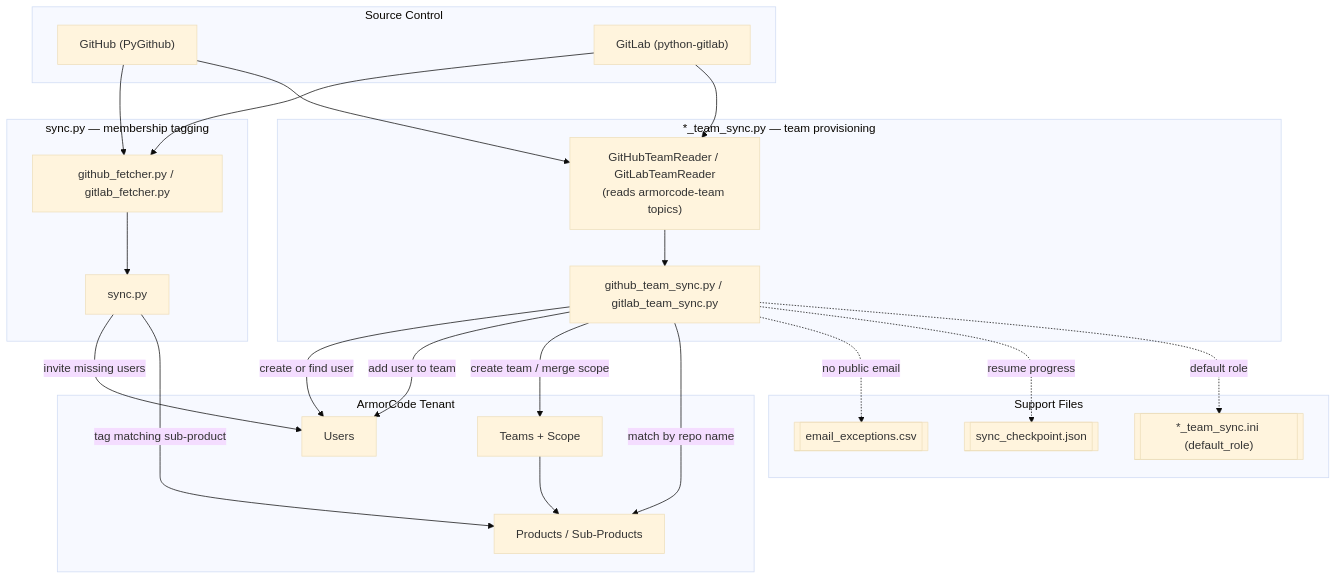
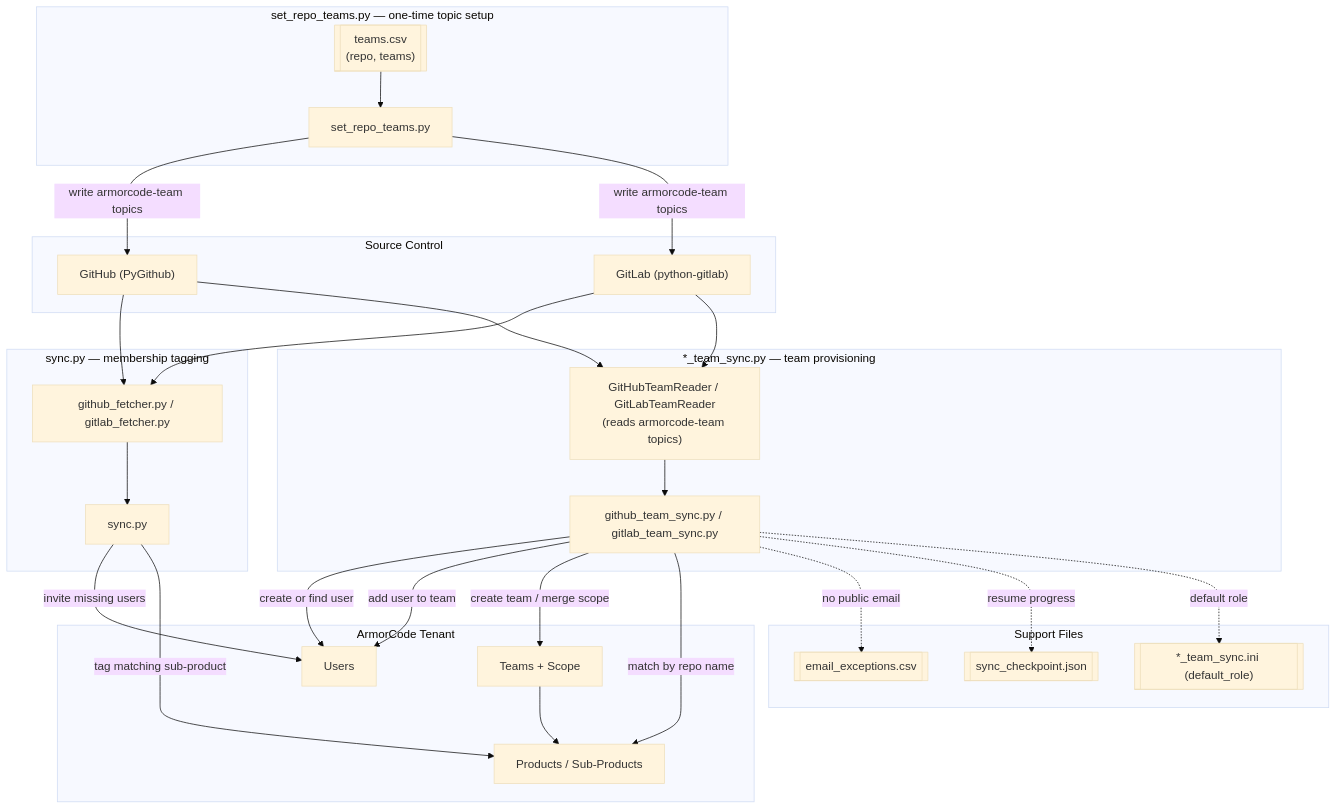
One commit to jwayte-armorcode/ac-git-user-provisioning changed the diagram in README.md. Above: the diagram before and after it, drawn with Mermaid (base theme). The commit also changed other lines of this file and 1 other file, not shown here.

First line of the commit message:
Add set_repo_teams.py for bulk-tagging repos from a CSV

````diff
--- a/README.md
+++ b/README.md
@@ -12,50 +13,59 @@
 ```mermaid
 flowchart TB
     subgraph SCM["Source Control"]
         GH["GitHub (PyGithub)"]
         GL["GitLab (python-gitlab)"]
+    end
+
+    subgraph Setup["set_repo_teams.py — one-time topic setup"]
+        CSVIN[["teams.csv<br/>(repo, teams)"]]
+        S0["set_repo_teams.py"]
     end
 
     subgraph Tagging["sync.py — membership tagging"]
         F1["github_fetcher.py / gitlab_fetcher.py"]
         S1["sync.py"]
     end
 
     subgraph TeamProv["*_team_sync.py — team provisioning"]
         R1["GitHubTeamReader / GitLabTeamReader<br/>(reads armorcode-team topics)"]
         S2["github_team_sync.py / gitlab_team_sync.py"]
     end
 
     subgraph AC["ArmorCode Tenant"]
         U["Users"]
         T["Teams + Scope"]
         P["Products / Sub-Products"]
     end
 
     subgraph Files["Support Files"]
         CSV[["email_exceptions.csv"]]
         CKPT[["sync_checkpoint.json"]]
         INI[["*_team_sync.ini (default_role)"]]
     end
 
+    CSVIN --> S0
+    S0 -->|write armorcode-team topics| GH
+    S0 -->|write armorcode-team topics| GL
+
     GH --> F1
     GL --> F1
     GH --> R1
     GL --> R1
 
     F1 --> S1
     R1 --> S2
 
     S1 -->|invite missing users| U
     S1 -->|tag matching sub-product| P
 
     S2 -->|create or find user| U
     S2 -->|add user to team| U
     S2 -->|create team / merge scope| T
     S2 -->|match by repo name| P
     S2 -. no public email .-> CSV
     S2 -. resume progress .-> CKPT
     S2 -. default role .-> INI
 
     T --> P
 ```
````
